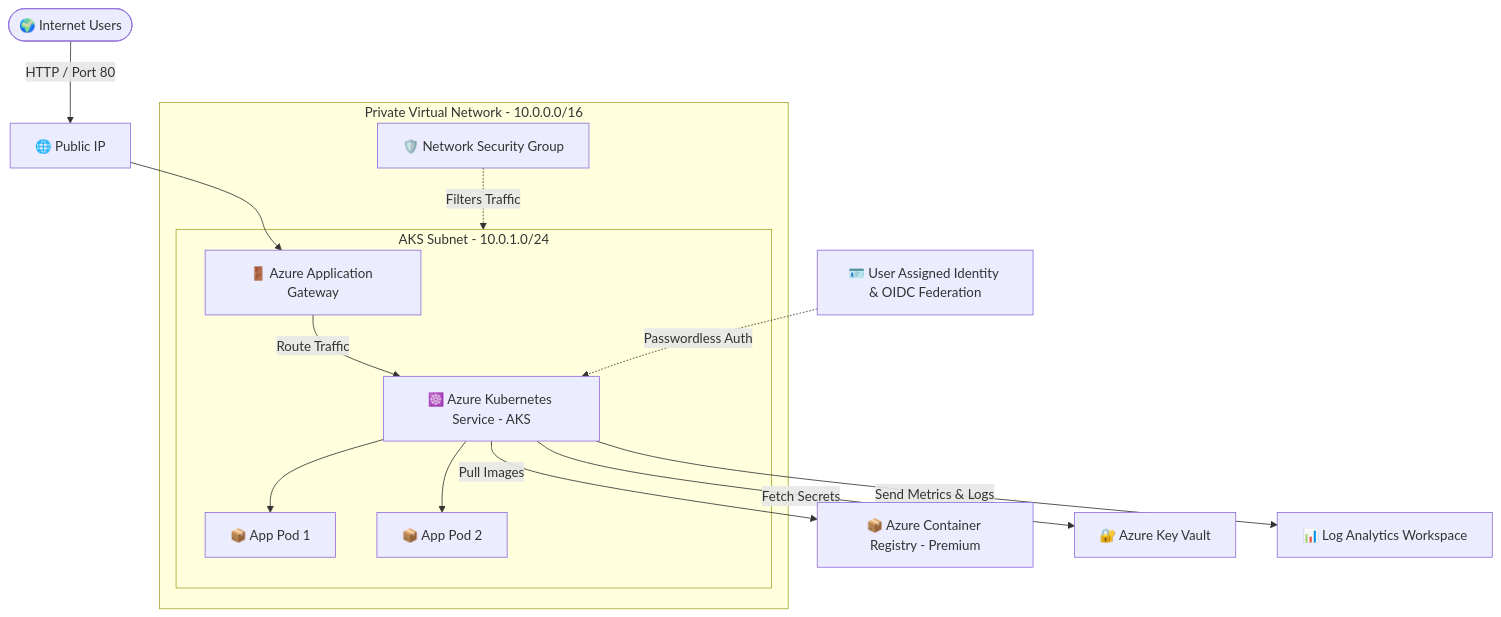
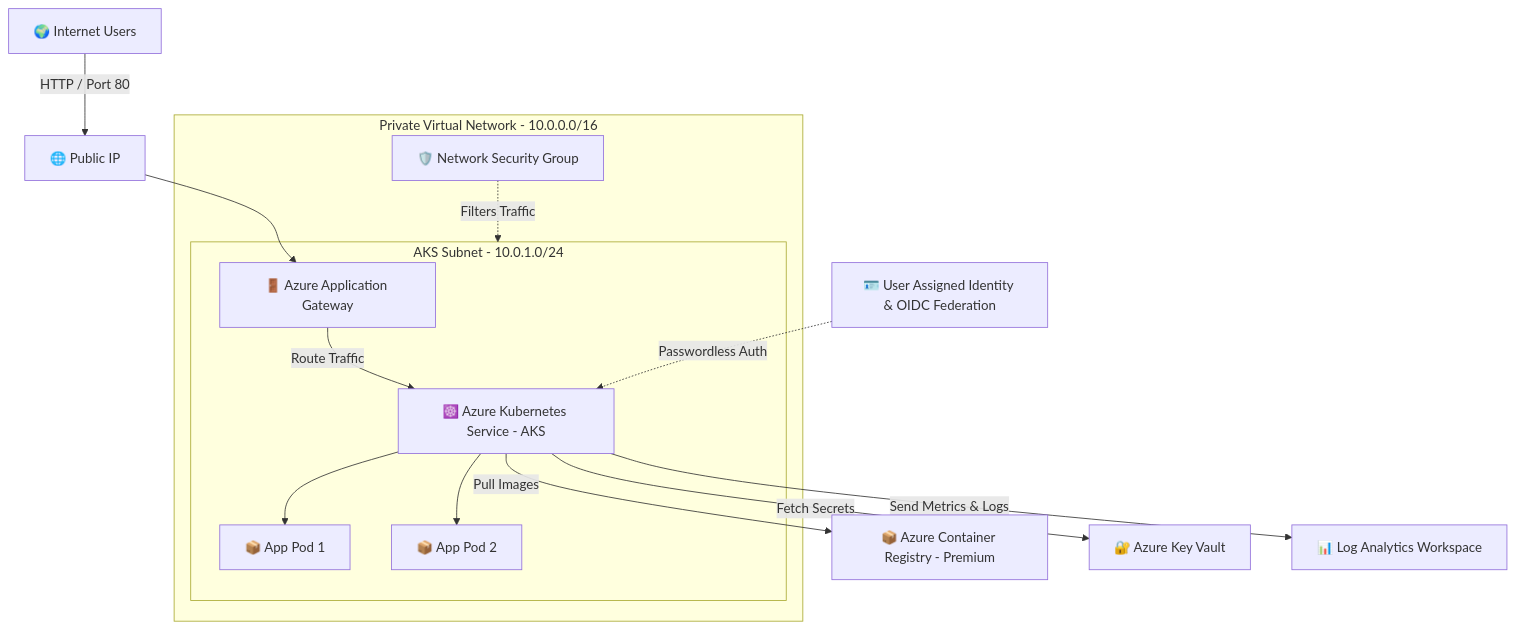
The diagram in README.md (Vinayakgaur221/azure-aks-infrastructure), drawn with Mermaid before and after one commit. The commit also changed other lines of this file, not shown here.

Commit message:
docs: polish and fix formatting in README.md

````diff
--- a/README.md
+++ b/README.md
@@ -46,19 +44,19 @@
 ```mermaid
 graph TD
-    User([🌍 Internet Users]) -->|HTTP / Port 80| PublicIP[🌐 Public IP]
-    PublicIP --> AGW[🚪 Azure Application Gateway]
+    User["🌍 Internet Users"] -->|HTTP / Port 80| PublicIP["🌐 Public IP"]
+    PublicIP --> AGW["🚪 Azure Application Gateway"]
     
-    subgraph Azure_VNet [Private Virtual Network - 10.0.0.0/16]
-        subgraph Subnet [AKS Subnet - 10.0.1.0/24]
-            AGW -->|Route Traffic| AKS[☸️ Azure Kubernetes Service - AKS]
-            AKS --> Pod1[📦 App Pod 1]
-            AKS --> Pod2[📦 App Pod 2]
+    subgraph Azure_VNet ["Private Virtual Network - 10.0.0.0/16"]
+        subgraph Subnet ["AKS Subnet - 10.0.1.0/24"]
+            AGW -->|Route Traffic| AKS["☸️ Azure Kubernetes Service - AKS"]
+            AKS --> Pod1["📦 App Pod 1"]
+            AKS --> Pod2["📦 App Pod 2"]
         end
-        NSG[🛡️ Network Security Group] -. Filters Traffic .-> Subnet
+        NSG["🛡️ Network Security Group"] -. Filters Traffic .-> Subnet
     end
 
-    AKS -->|Pull Images| ACR[📦 Azure Container Registry - Premium]
-    AKS -->|Fetch Secrets| KV[🔐 Azure Key Vault]
-    AKS -->|Send Metrics & Logs| LAW[📊 Log Analytics Workspace]
-    UAI[🪪 User Assigned Identity & OIDC Federation] -. Passwordless Auth .-> AKS
+    AKS -->|Pull Images| ACR["📦 Azure Container Registry - Premium"]
+    AKS -->|Fetch Secrets| KV["🔐 Azure Key Vault"]
+    AKS -->|Send Metrics & Logs| LAW["📊 Log Analytics Workspace"]
+    UAI["🪪 User Assigned Identity & OIDC Federation"] -. Passwordless Auth .-> AKS
 ```
````
